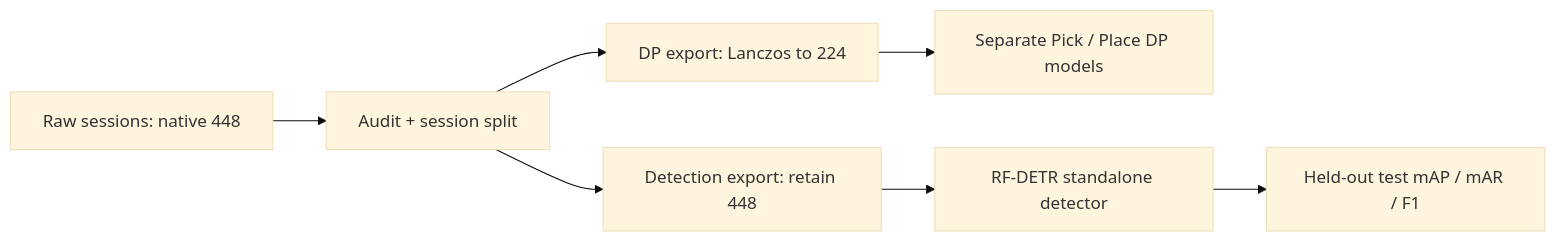
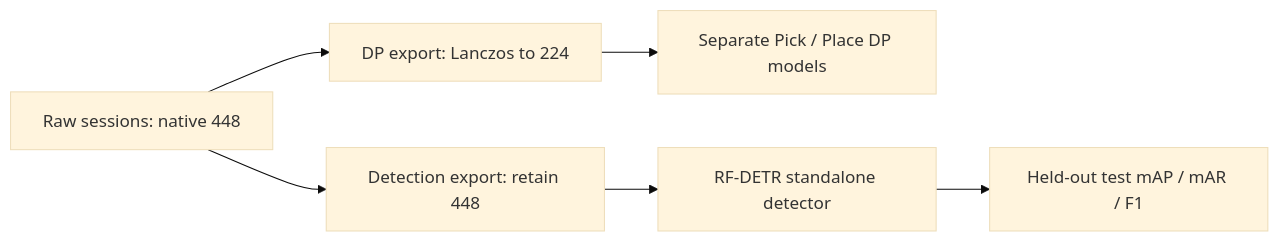
The first of 3 diagrams in README.md (angelinemar/NSTC-Surgical-Instrument-Pick-Place), drawn with Mermaid (base theme) before and after one commit. The commit also changed other lines of this file and 2 other files, not shown here.

````diff
--- a/README.md
+++ b/README.md
@@ -52,9 +40,8 @@
 ```mermaid
 flowchart LR
-    A["Raw sessions: native 448"] --> B["Audit + session split"]
-    B --> C["DP export: Lanczos to 224"]
-    B --> D["Detection export: retain 448"]
+    A["Raw sessions: native 448"] --> C["DP export: Lanczos to 224"]
+    A --> D["Detection export: retain 448"]
     C --> E["Separate Pick / Place DP models"]
     D --> F["RF-DETR standalone detector"]
     F --> G["Held-out test mAP / mAR / F1"]
 ```
````
